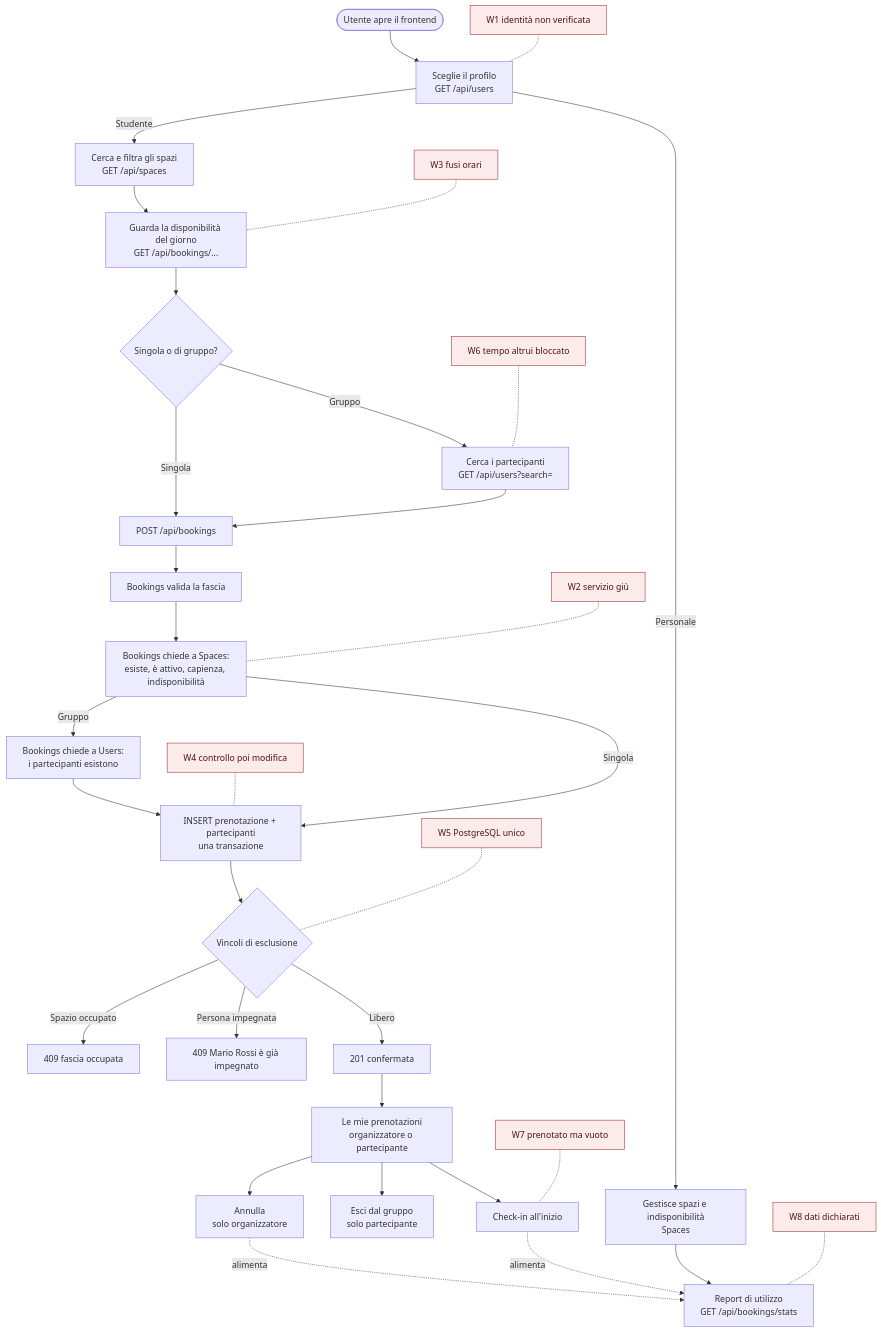
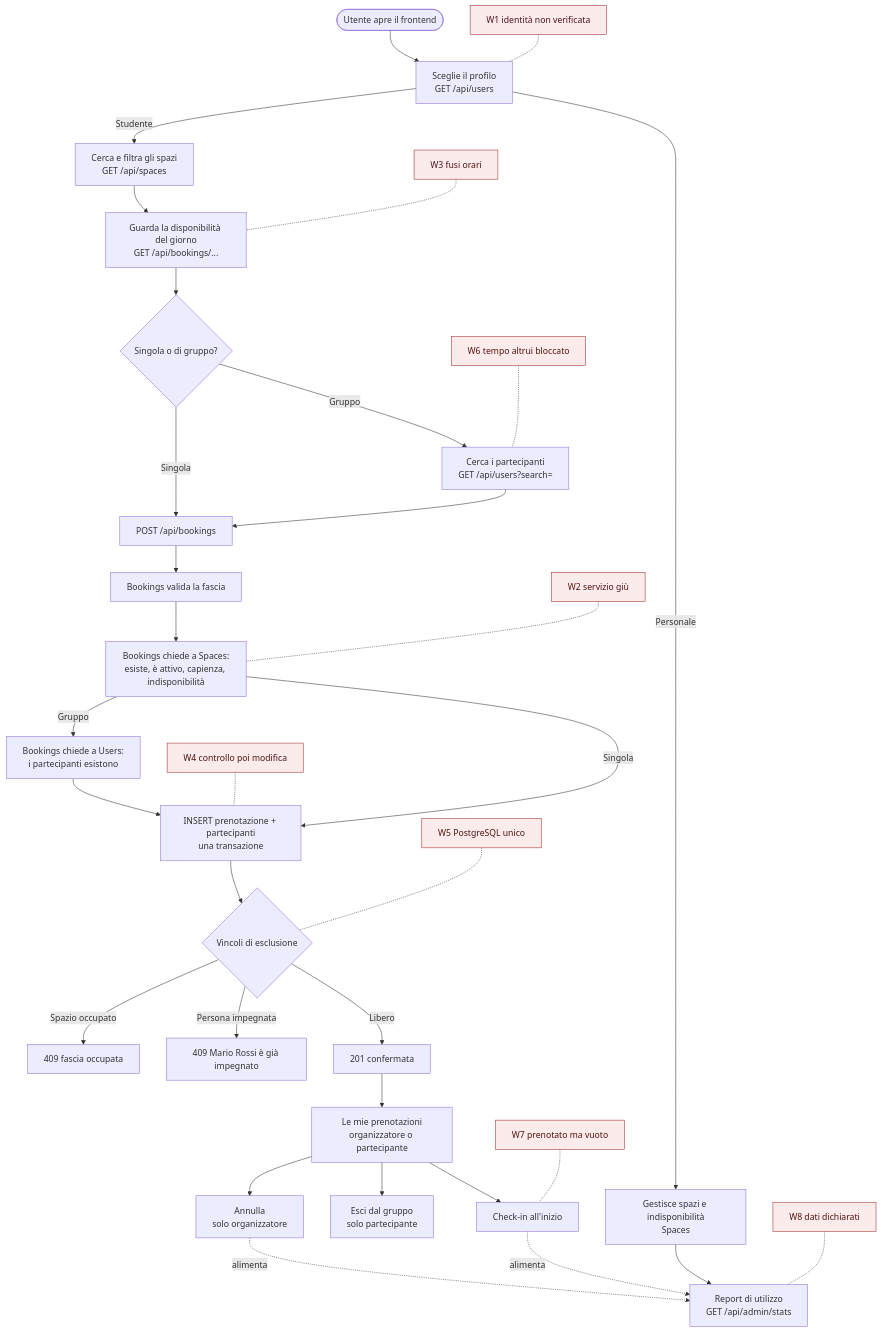
One commit to loggione-finale/smartcampus changed the diagram in docs/analysis/application-flow.md. Above: the diagram before and after it, drawn with Mermaid. The commit also changed 6 other files, not shown here.

First line of the commit message:
feat: add admin stats endpoint from closing comments #47 (#182)

````diff
--- a/docs/analysis/application-flow.md
+++ b/docs/analysis/application-flow.md
@@ -8,36 +8,36 @@
 ```mermaid
 flowchart TD
     A([Utente apre il frontend]) --> B[Sceglie il profilo<br/>GET /api/users]
     B -->|Studente| C[Cerca e filtra gli spazi<br/>GET /api/spaces]
     B -->|Personale| P1[Gestisce spazi e indisponibilità<br/>Spaces]
     C --> D[Guarda la disponibilità del giorno<br/>GET /api/bookings/...]
     D --> E{Singola o di gruppo?}
     E -->|Singola| F[POST /api/bookings]
     E -->|Gruppo| E2[Cerca i partecipanti<br/>GET /api/users?search=] --> F
     F --> G[Bookings valida la fascia]
     G --> H[Bookings chiede a Spaces:<br/>esiste, è attivo, capienza, indisponibilità]
     H -->|Gruppo| I[Bookings chiede a Users:<br/>i partecipanti esistono]
     H -->|Singola| J
     I --> J[INSERT prenotazione + partecipanti<br/>una transazione]
     J --> K{Vincoli di esclusione}
     K -->|Spazio occupato| X1[409 fascia occupata]
     K -->|Persona impegnata| X2[409 Mario Rossi è già impegnato]
     K -->|Libero| L[201 confermata]
     L --> M[Le mie prenotazioni<br/>organizzatore o partecipante]
     M --> N1[Annulla<br/>solo organizzatore]
     M --> N2[Esci dal gruppo<br/>solo partecipante]
     M --> O[Check-in all'inizio]
-    P1 --> P2[Report di utilizzo<br/>GET /api/bookings/stats]
+    P1 --> P2[Report di utilizzo<br/>GET /api/admin/stats]
     O -.->|alimenta| P2
     N1 -.->|alimenta| P2
 
     classDef weak fill:#FCEBEB,stroke:#A32D2D,color:#501313
     W1[W1 identità non verificata]:::weak -.- B
     W2[W2 servizio giù]:::weak -.- H
     W3[W3 fusi orari]:::weak -.- D
     W4[W4 controllo poi modifica]:::weak -.- J
     W5[W5 PostgreSQL unico]:::weak -.- K
     W6[W6 tempo altrui bloccato]:::weak -.- E2
     W7[W7 prenotato ma vuoto]:::weak -.- O
     W8[W8 dati dichiarati]:::weak -.- P2
 ```
````
